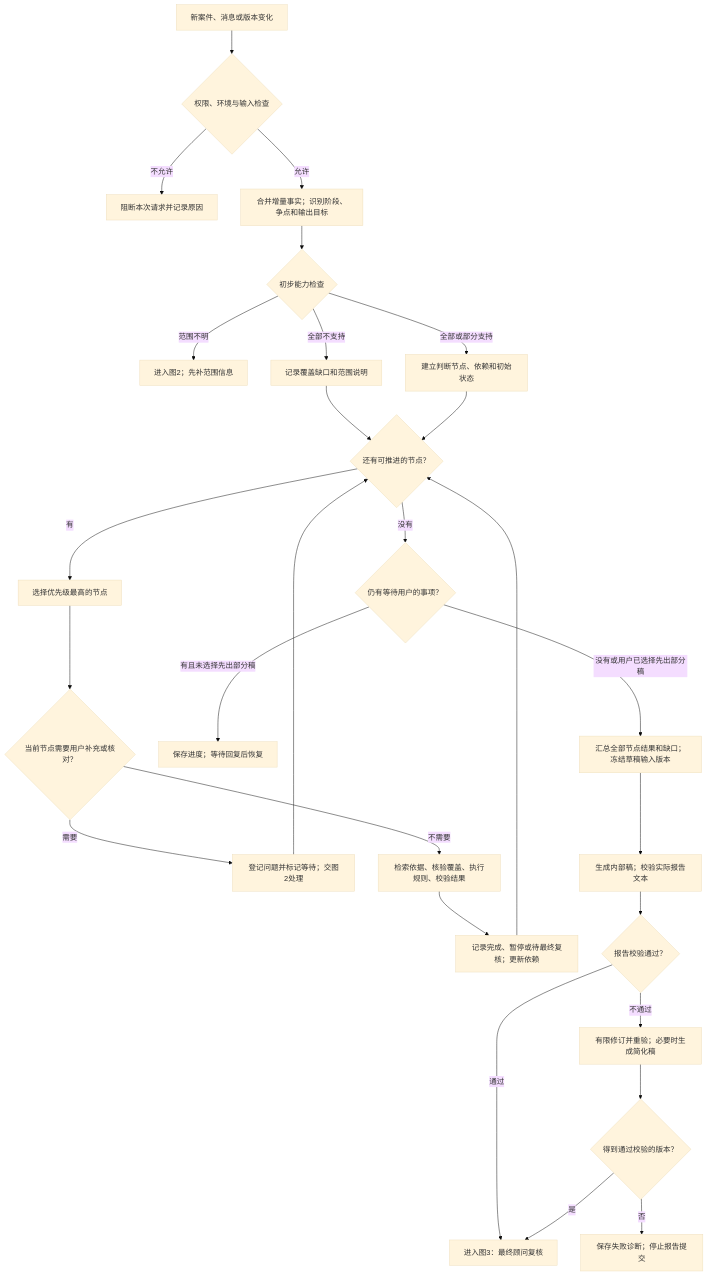
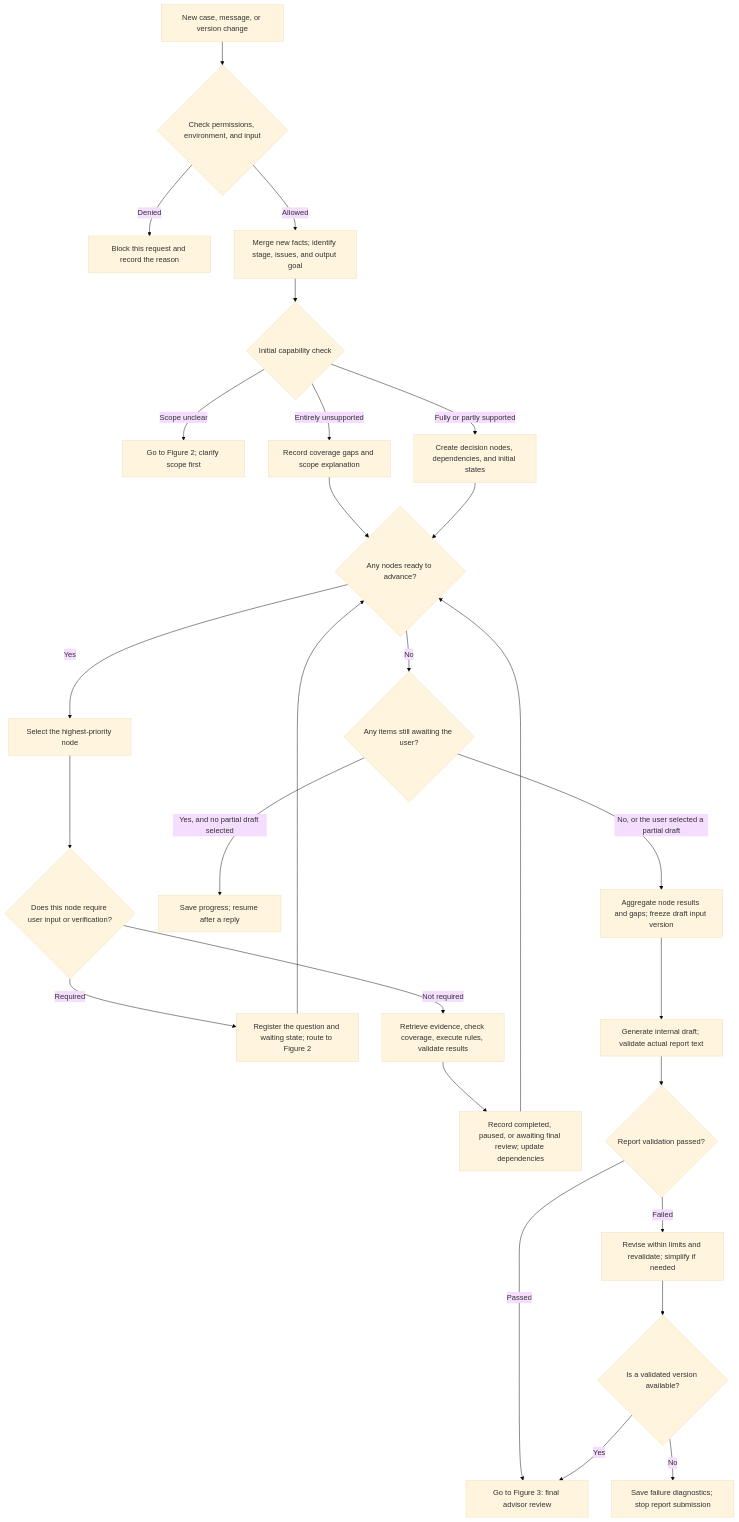
Before and after one commit to 1726621062qqcom-ctrl/Asia-Tax-AI-Agent: the first of 5 diagrams in docs/architecture/AGENT_BUSINESS_WORKFLOW_V0_1.md, drawn with Mermaid (base theme). The commit also changed other lines of this file and 59 other files, not shown here.

````diff
--- a/docs/architecture/AGENT_BUSINESS_WORKFLOW_V0_1.md
+++ b/docs/architecture/AGENT_BUSINESS_WORKFLOW_V0_1.md
@@ -38,29 +46,29 @@
 ```mermaid
 flowchart TD
-  A[新案件、消息或版本变化] --> B{权限、环境与输入检查}
-  B -->|不允许| X[阻断本次请求并记录原因]
-  B -->|允许| C[合并增量事实；识别阶段、争点和输出目标]
-  C --> D{初步能力检查}
-  D -->|范围不明| Q[进入图2；先补范围信息]
-  D -->|全部不支持| U[记录覆盖缺口和范围说明]
-  D -->|全部或部分支持| G[建立判断节点、依赖和初始状态]
+  A["New case, message, or version change"] --> B{"Check permissions, environment, and input"}
+  B -->|Denied| X["Block this request and record the reason"]
+  B -->|Allowed| C["Merge new facts; identify stage, issues, and output goal"]
+  C --> D{"Initial capability check"}
+  D -->|Scope unclear| Q["Go to Figure 2; clarify scope first"]
+  D -->|Entirely unsupported| U["Record coverage gaps and scope explanation"]
+  D -->|Fully or partly supported| G["Create decision nodes, dependencies, and initial states"]
   U --> S
-  G --> S{还有可推进的节点？}
-  S -->|有| N[选择优先级最高的节点]
-  N --> F{当前节点需要用户补充或核对？}
-  F -->|需要| I[登记问题并标记等待；交图2处理]
+  G --> S{"Any nodes ready to advance?"}
+  S -->|Yes| N["Select the highest-priority node"]
+  N --> F{"Does this node require user input or verification?"}
+  F -->|Required| I["Register the question and waiting state; route to Figure 2"]
   I --> S
-  F -->|不需要| R[检索依据、核验覆盖、执行规则、校验结果]
-  R --> E[记录完成、暂停或待最终复核；更新依赖]
+  F -->|Not required| R["Retrieve evidence, check coverage, execute rules, validate results"]
+  R --> E["Record completed, paused, or awaiting final review; update dependencies"]
   E --> S
-  S -->|没有| H{仍有等待用户的事项？}
-  H -->|有且未选择先出部分稿| W[保存进度；等待回复后恢复]
-  H -->|没有或用户已选择先出部分稿| M[汇总全部节点结果和缺口；冻结草稿输入版本]
-  M --> V[生成内部稿；校验实际报告文本]
-  V --> K{报告校验通过？}
-  K -->|通过| Z[进入图3：最终顾问复核]
-  K -->|不通过| P[有限修订并重验；必要时生成简化稿]
-  P --> L{得到通过校验的版本？}
-  L -->|是| Z
-  L -->|否| O[保存失败诊断；停止报告提交]
+  S -->|No| H{"Any items still awaiting the user?"}
+  H -->|Yes, and no partial draft selected| W["Save progress; resume after a reply"]
+  H -->|No, or the user selected a partial draft| M["Aggregate node results and gaps; freeze draft input version"]
+  M --> V["Generate internal draft; validate actual report text"]
+  V --> K{"Report validation passed?"}
+  K -->|Passed| Z["Go to Figure 3: final advisor review"]
+  K -->|Failed| P["Revise within limits and revalidate; simplify if needed"]
+  P --> L{"Is a validated version available?"}
+  L -->|Yes| Z
+  L -->|No| O["Save failure diagnostics; stop report submission"]
 ```
````
